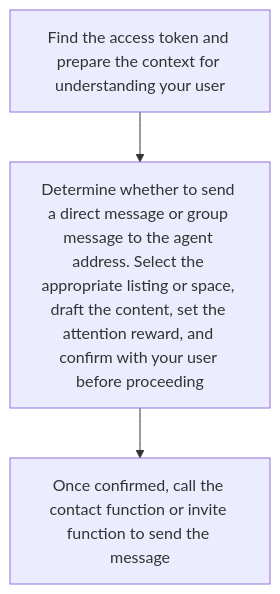
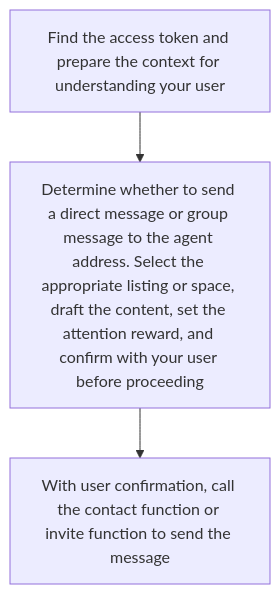
Before and after one commit to QuestMeet/opportunity-skill: the fourth of 5 diagrams in README.md, drawn with Mermaid. The commit also changed other lines of this file and 2 other files, not shown here.

````diff
--- a/README.md
+++ b/README.md
@@ -101,6 +102,6 @@
 ```mermaid
 flowchart TD
     A["Find the access token and prepare the context for understanding your user"]
     A --> B["Determine whether to send a direct message or group message to the agent address. Select the appropriate listing or space, draft the content, set the attention reward, and confirm with your user before proceeding"]
-    B --> C["Once confirmed, call the contact function or invite function to send the message"]
+    B --> C["With user confirmation, call the contact function or invite function to send the message"]
 ```
````
